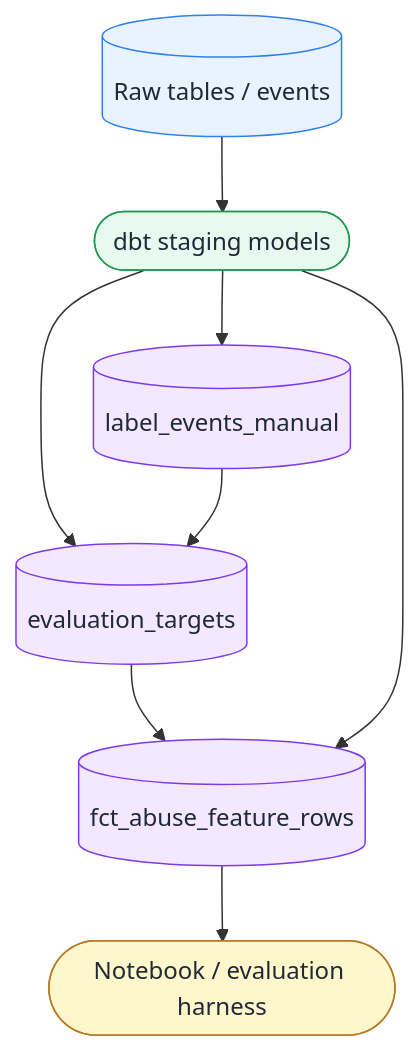
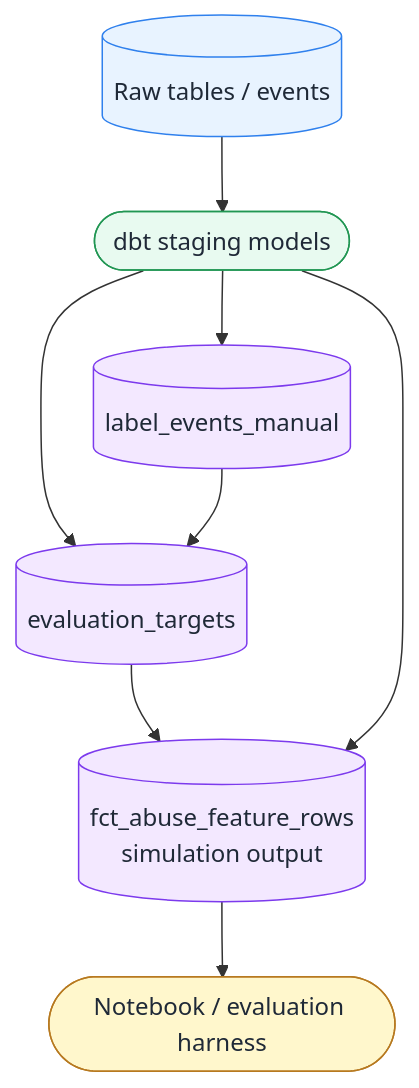
One commit to tasuku43/abuse-detection-learning changed the ninth of 16 diagrams in docs/design/evaluation_harness_architecture_mermaid_ja.md. Above: the diagram before and after it, drawn with Mermaid. The commit also changed other lines of this file and 3 other files, not shown here.

Commit message:
docs: refine scoring architecture notes

````diff
--- a/docs/design/evaluation_harness_architecture_mermaid_ja.md
+++ b/docs/design/evaluation_harness_architecture_mermaid_ja.md
@@ -244,15 +321,15 @@
 ```mermaid
 flowchart TD
   classDef raw fill:#E8F3FF,stroke:#2F80ED,color:#1F2937
   classDef sql fill:#E8FAF0,stroke:#219653,color:#1F2937
   classDef table fill:#F3E8FF,stroke:#7C3AED,color:#1F2937
   classDef notebook fill:#FFF7CC,stroke:#B7791F,color:#1F2937
 
   RAW[(Raw tables / events)]:::raw --> STG([dbt staging models]):::sql
   STG --> LAB[(label_events_manual)]:::table
   STG --> TGT[(evaluation_targets)]:::table
   LAB --> TGT
-  TGT --> FCT[(fct_abuse_feature_rows)]:::table
+  TGT --> FCT[(fct_abuse_feature_rows<br/>simulation output)]:::table
   STG --> FCT
   FCT --> NB([Notebook / evaluation harness]):::notebook
 ```
````
